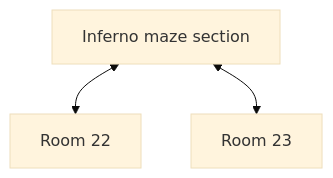
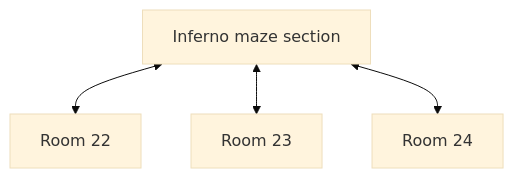
One commit to SlothBorg/Dungeon23 changed the fifth of 5 diagrams in Dungeon/Level_03/README.md. Above: the diagram before and after it, drawn with Mermaid (base theme). The commit also changed 4 other files, not shown here.

````diff
--- a/Dungeon/Level_03/README.md
+++ b/Dungeon/Level_03/README.md
@@ -54,5 +54,6 @@
 ```mermaid
 flowchart TD
     Inferno[Inferno maze section] <-->C22[Room 22]
     Inferno <--> C23[Room 23]
+    Inferno <--> C24[Room 24]
 ```
````
